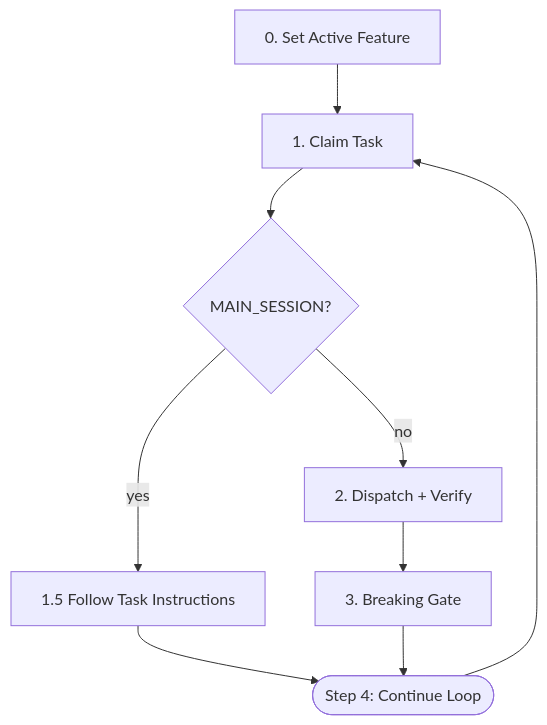
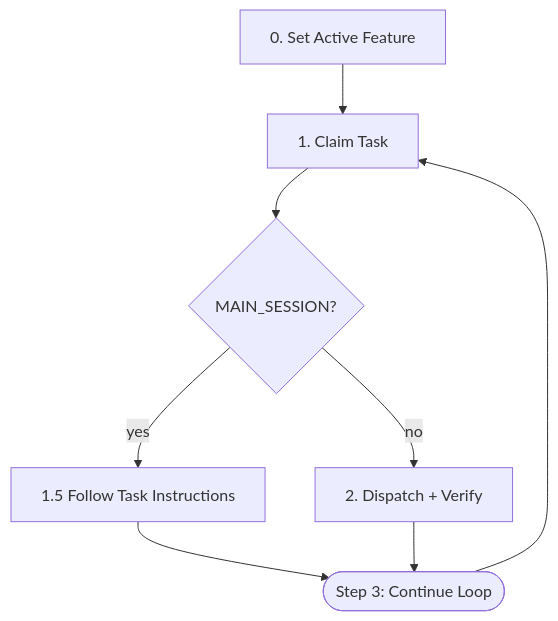
The diagram in plugins/forge/commands/run-tasks.md (bigfaner/forge), drawn with Mermaid before and after one commit. The commit also changed other lines of this file and 4 other files, not shown here.

First line of the commit message:
docs(forge): remove dispatcher breaking gate from run-tasks and execute-task

````diff
--- a/plugins/forge/commands/run-tasks.md
+++ b/plugins/forge/commands/run-tasks.md
@@ -13,11 +13,10 @@
 ```mermaid
 flowchart TD
     S0["0. Set Active Feature"] --> A["1. Claim Task"]
     A --> B{"MAIN_SESSION?"}
     B -->|"yes"| C["1.5 Follow Task Instructions"]
-    C --> LOOP(["Step 4: Continue Loop"])
+    C --> LOOP(["Step 3: Continue Loop"])
     B -->|"no"| D["2. Dispatch + Verify"]
-    D --> E["3. Breaking Gate"]
-    E --> LOOP
+    D --> LOOP
     LOOP --> A
 ```
````
